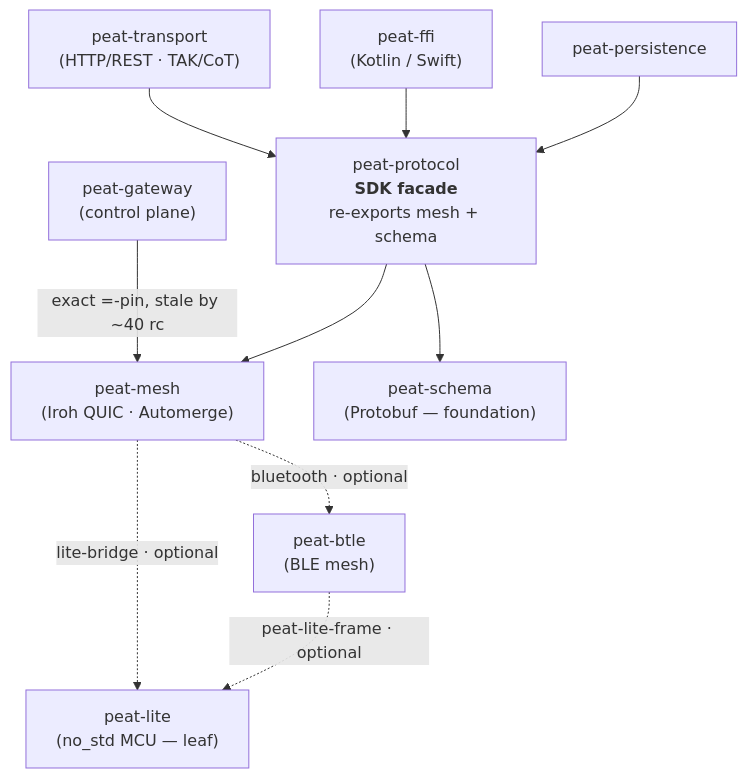
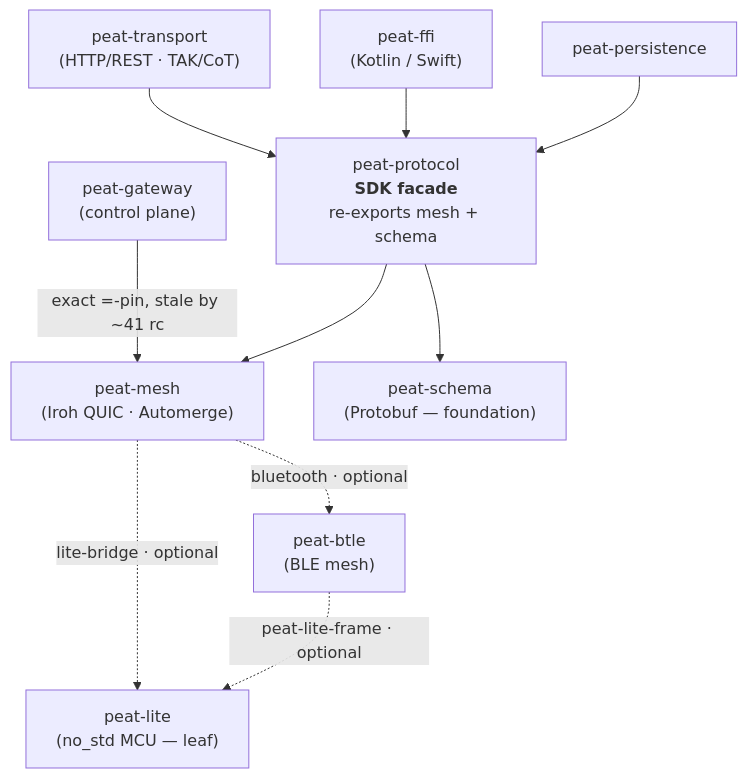
One commit to parleylabs/peat-learning changed the second of 2 diagrams in 01-architecture-overview.md. Above: the diagram before and after it, drawn with Mermaid. The commit also changed other lines of this file and 15 other files, not shown here.

````diff
--- a/01-architecture-overview.md
+++ b/01-architecture-overview.md
@@ -297,12 +297,12 @@
 ```mermaid
 flowchart TD
-    GW["peat-gateway<br/>(control plane)"] -->|exact =-pin, stale by ~40 rc| M
+    GW["peat-gateway<br/>(control plane)"] -->|exact =-pin, stale by ~41 rc| M
     T["peat-transport<br/>(HTTP/REST · TAK/CoT)"] --> P
     FFI["peat-ffi<br/>(Kotlin / Swift)"] --> P
     PER["peat-persistence"] --> P
     P["peat-protocol<br/><b>SDK facade</b><br/>re-exports mesh + schema"] --> S["peat-schema<br/>(Protobuf — foundation)"]
     P --> M["peat-mesh<br/>(Iroh QUIC · Automerge)"]
     M -.->|bluetooth · optional| B["peat-btle<br/>(BLE mesh)"]
     M -.->|lite-bridge · optional| L["peat-lite<br/>(no_std MCU — leaf)"]
     B -.->|peat-lite-frame · optional| L
 ```
````
